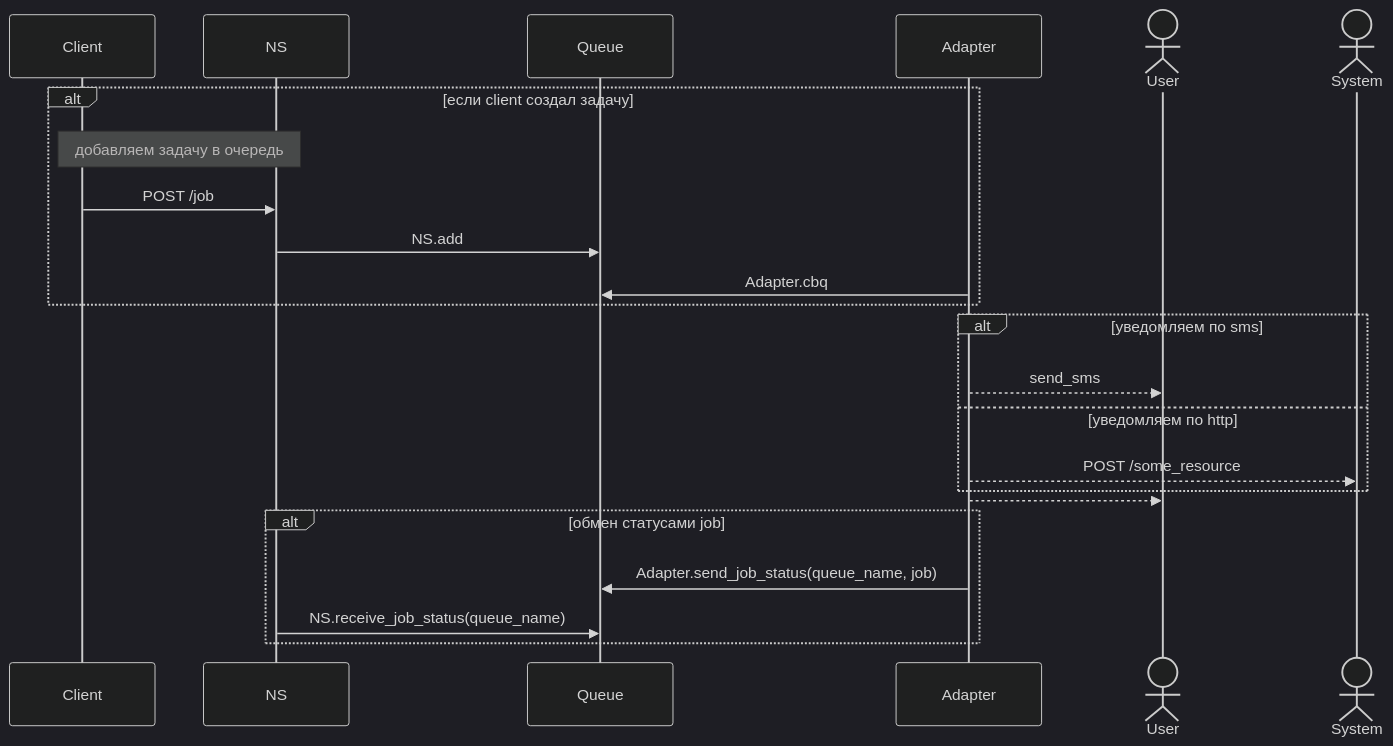
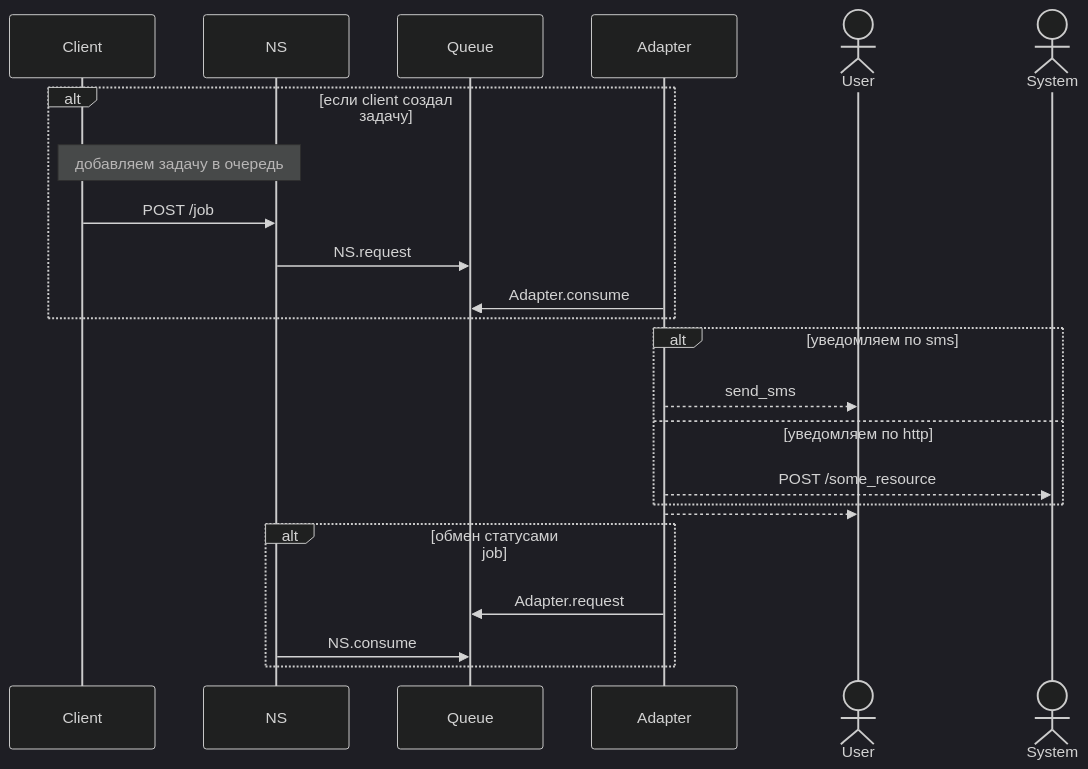
The third of 4 diagrams in ns-sequence-diagram-rmq.md (Timo4ey/ns), drawn with Mermaid (dark theme) before and after one commit. The commit also changed other lines of this file, not shown here.

Commit message:
[fix] fix method for sending and getting jobs from queue

````diff
--- a/ns-sequence-diagram-rmq.md
+++ b/ns-sequence-diagram-rmq.md
@@ -57,34 +57,34 @@
 ```mermaid
 
 sequenceDiagram
     participant Client
     participant NS
     participant Queue
     participant Adapter
 
     actor User
     actor System
 
     alt если client создал задачу
         Note over Client, NS: добавляем задачу в очередь
         Client ->> NS: POST /job
-        NS ->> Queue: NS.add
+        NS ->> Queue: NS.request
         
-        Adapter ->> Queue: Adapter.cbq
+        Adapter ->> Queue: Adapter.consume
     end
 
         
 
     alt уведомляем по sms
         Adapter -->> User: send_sms
     else уведомляем по http
         Adapter -->> System: POST /some_resource
     end
 
     Adapter -->> User: 
 
     alt обмен статусами job
-        Adapter ->> Queue:Adapter.send_job_status(queue_name, job)
-        NS ->> Queue: NS.receive_job_status(queue_name)
+        Adapter ->> Queue:Adapter.request
+        NS ->> Queue: NS.consume
     end
 ```
````
